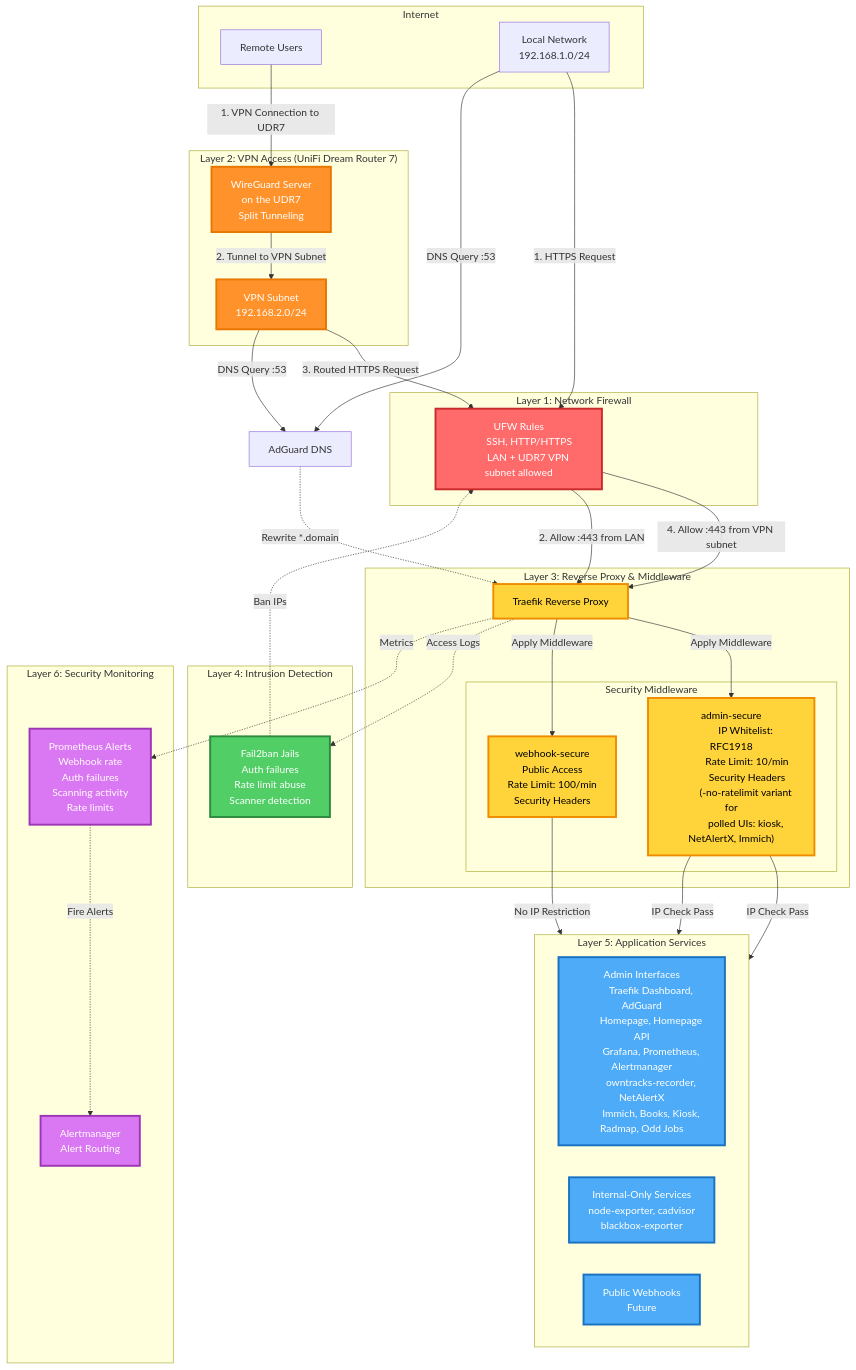
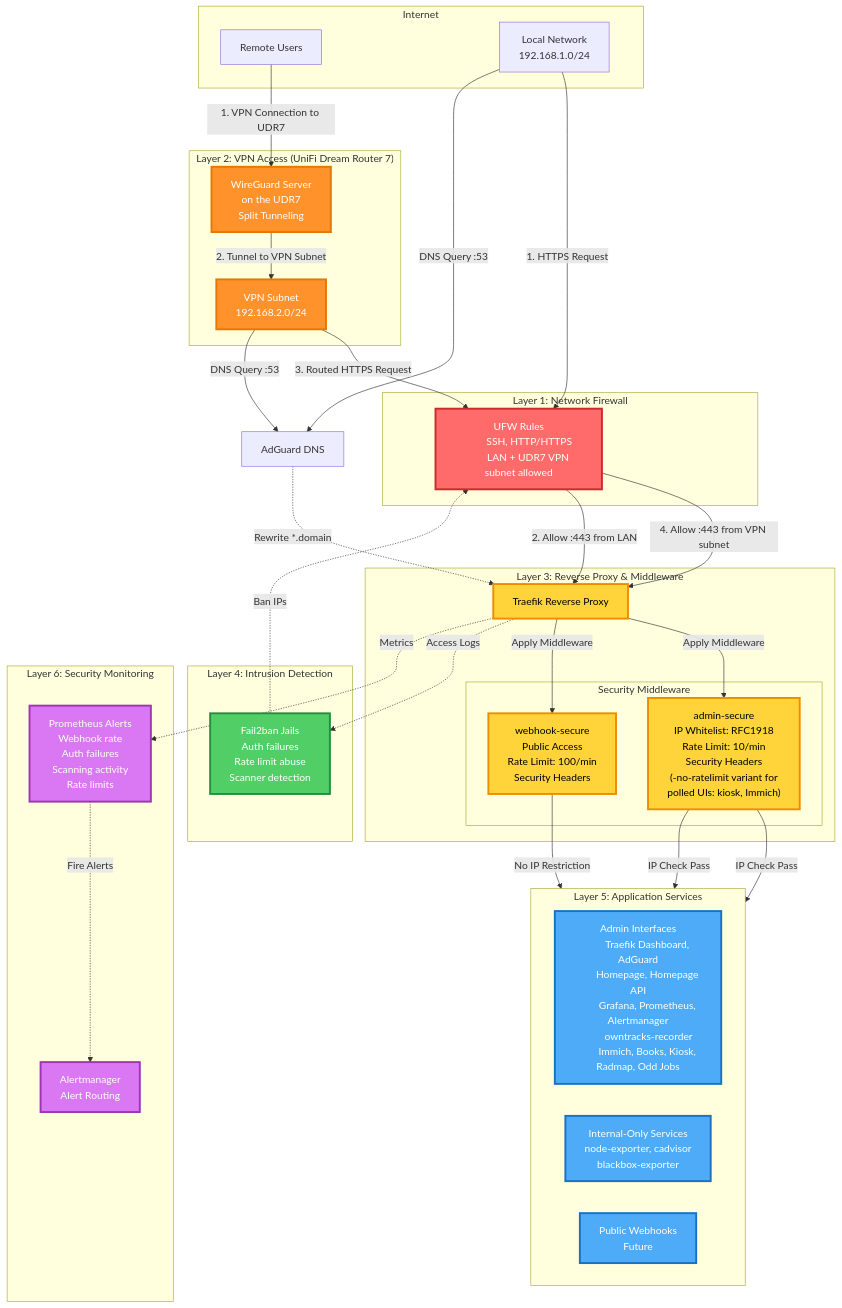
Before and after one commit to josephradford/home-server-stack: the second of 5 diagrams in ARCHITECTURE.md, drawn with Mermaid. The commit also changed other lines of this file and 9 other files, not shown here.

First line of the commit message:
chore: remove NetAlertX and docker-socket-proxy (#249)

```diff
--- a/ARCHITECTURE.md
+++ b/ARCHITECTURE.md
@@ -247,7 +235,7 @@
             Rate Limit: 10/min
             Security Headers
             (-no-ratelimit variant for
-            polled UIs: kiosk, NetAlertX, Immich)"]
+            polled UIs: kiosk, Immich)"]
             WebhookSecure["webhook-secure
             Public Access
             Rate Limit: 100/min
@@ -268,7 +256,7 @@
         Traefik Dashboard, AdGuard
         Homepage, Homepage API
         Grafana, Prometheus, Alertmanager
-        owntracks-recorder, NetAlertX
+        owntracks-recorder
         Immich, Books, Kiosk, Radmap, Odd Jobs"]
         Internal["Internal-Only Services
         node-exporter, cadvisor
```
